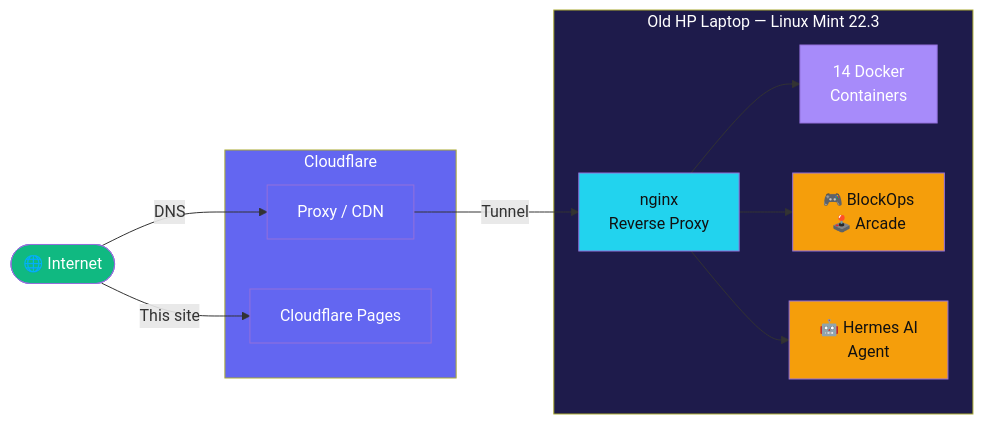
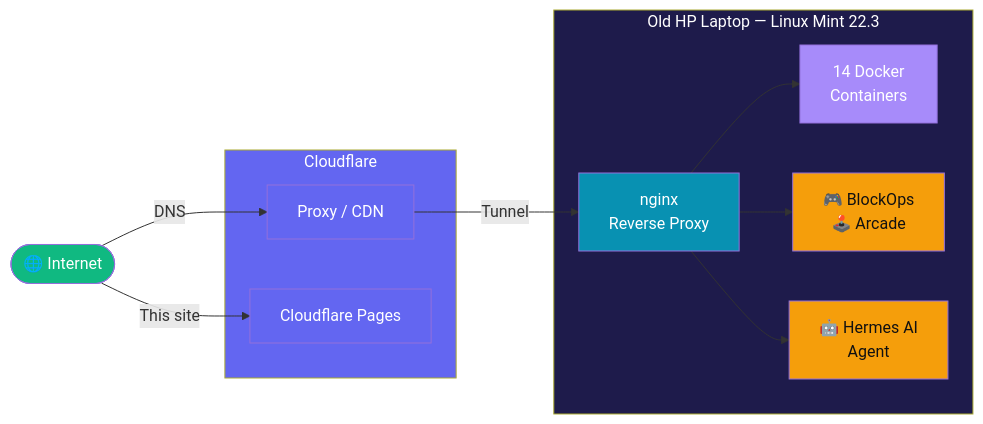
One commit to kamalcr7/server-docs-public changed the diagram in docs/index.md. Above: the diagram before and after it, drawn with Mermaid. The commit also changed 1 other file, not shown here.

Commit message:
Change all cyan mermaid boxes #22d3ee→#0891b2 with white text
Cyan text was unreadable on light backgrounds. Darker teal with
white text (#fff) is readable in both themes.

````diff
--- a/docs/index.md
+++ b/docs/index.md
@@ -26,33 +26,33 @@
 ```mermaid
 flowchart LR
     Internet([🌐 Internet])
     
     subgraph Cloudflare [Cloudflare]
         CF[Proxy / CDN]
         Pages[Cloudflare Pages]
     end
     
     subgraph Server ["Old HP Laptop — Linux Mint 22.3"]
         Nginx[nginx<br/>Reverse Proxy]
         Containers[14 Docker<br/>Containers]
         Games[🎮 BlockOps<br/>🕹️ Arcade]
         Hermes[🤖 Hermes AI<br/>Agent]
     end
     
     Internet -->|DNS| CF
     CF -->|Tunnel| Nginx
     Nginx --> Containers
     Nginx --> Games
     Nginx --> Hermes
     Internet -->|This site| Pages
     
     style Internet fill:#10b981,color:#fff
     style Cloudflare fill:#6366f1,color:#fff
     style CF fill:#6366f1,color:#fff
     style Pages fill:#6366f1,color:#fff
     style Server fill:#1e1b4b,color:#fff
-    style Nginx fill:#22d3ee,color:#111
+    style Nginx fill:#0891b2,color:#fff
     style Containers fill:#a78bfa,color:#fff
     style Games fill:#f59e0b,color:#111
     style Hermes fill:#f59e0b,color:#111
 ```
````
